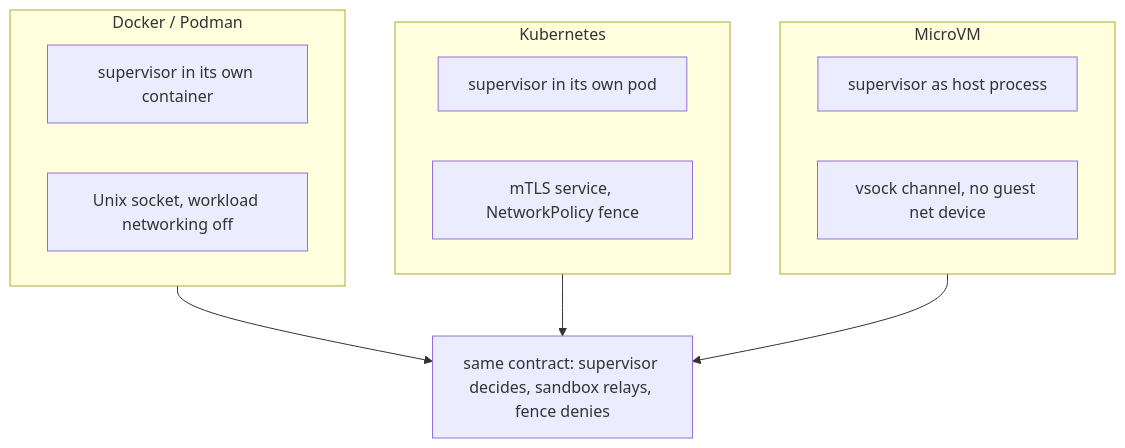
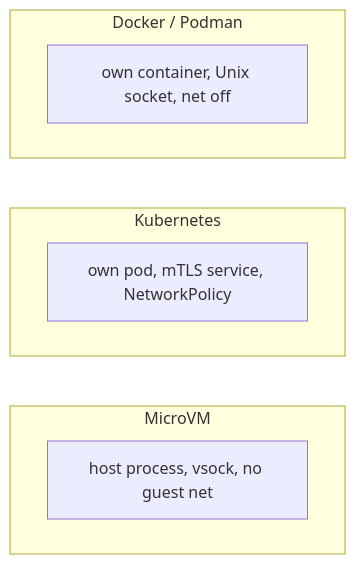
Before and after one commit to harishgovardhandamodar/AI-Agents-Patterns: the seventh of 26 diagrams in book/OPENSHELL-REFERENCE-ARCHITECTURE.md, drawn with Mermaid. The commit also changed other lines of this file and 4 other files, not shown here.

First line of the commit message:
Presentable UML: vertical stacks, no dead columns, tighter sequences

````diff
--- a/book/OPENSHELL-REFERENCE-ARCHITECTURE.md
+++ b/book/OPENSHELL-REFERENCE-ARCHITECTURE.md
@@ -269,16 +272,13 @@
 ```mermaid
 flowchart TB
   subgraph DK["Docker / Podman"]
-    D1["supervisor in its own container"]
-    D2["Unix socket, workload networking off"]
+    D1["own container, Unix socket, net off"]
   end
   subgraph K8["Kubernetes"]
-    K1["supervisor in its own pod"]
-    K2["mTLS service, NetworkPolicy fence"]
+    K1["own pod, mTLS service, NetworkPolicy"]
   end
   subgraph VM["MicroVM"]
-    V1["supervisor as host process"]
-    V2["vsock channel, no guest net device"]
+    V1["host process, vsock, no guest net"]
   end
-  DK & K8 & VM --> CT["same contract: supervisor decides, sandbox relays, fence denies"]
+  DK ~~~ K8 ~~~ VM
 ```
````
